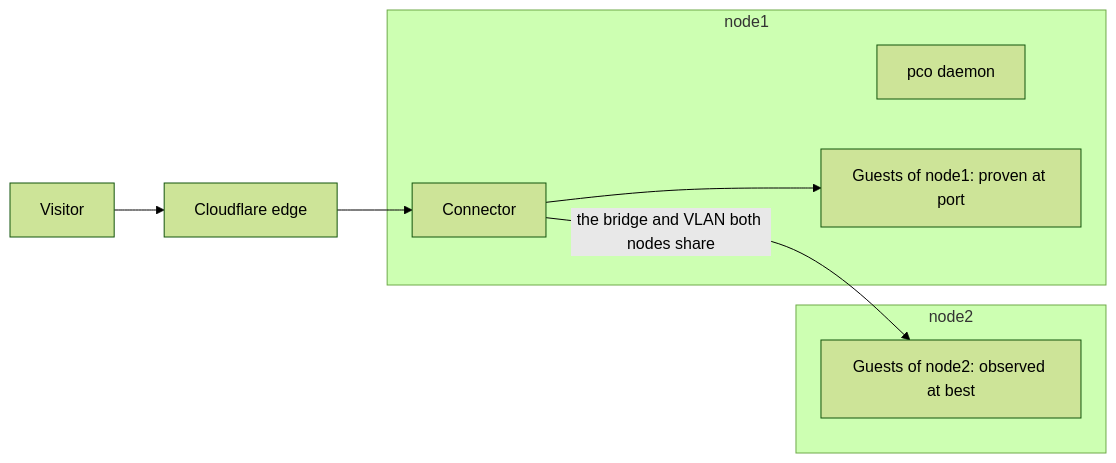
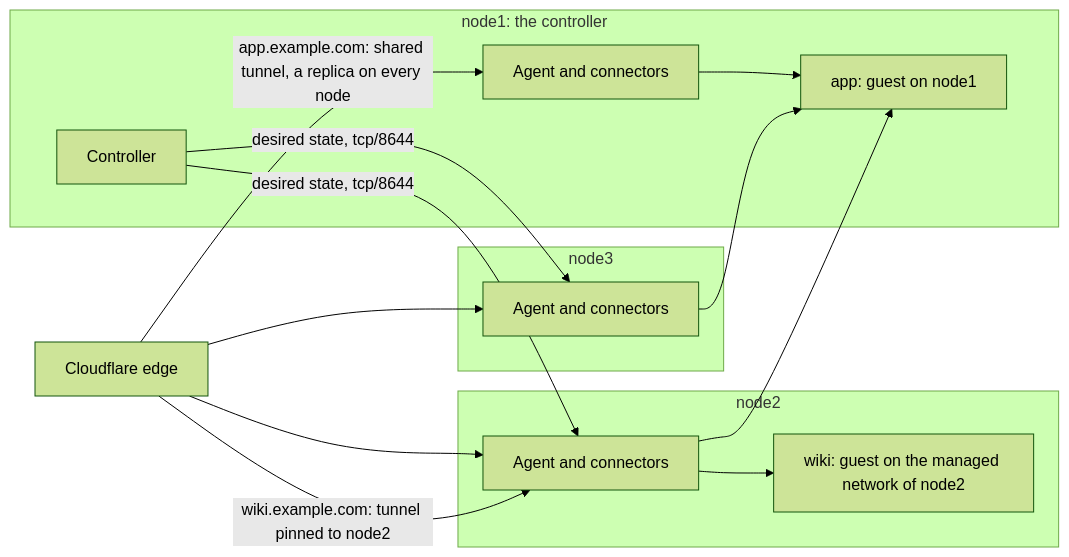
The diagram in docs/guides/clusters.md (anaryk/proxmox-cloudflared-operator), drawn with Mermaid (forest theme) before and after one commit. The commit also changed other lines of this file and 10 other files, not shown here.

````diff
--- a/docs/guides/clusters.md
+++ b/docs/guides/clusters.md
@@ -24,15 +21,26 @@
 ```mermaid
 flowchart LR
-    visitor["Visitor"] --> edge["Cloudflare edge"]
-    edge --> conn
-    subgraph node1["node1"]
-        daemon["pco daemon"]
-        conn["Connector"]
-        g1["Guests of node1: proven at port"]
+    edge["Cloudflare edge"]
+    subgraph node1["node1: the controller"]
+        ctl["Controller"]
+        a1["Agent and connectors"]
+        g1["app: guest on node1"]
     end
     subgraph node2["node2"]
-        g2["Guests of node2: observed at best"]
+        a2["Agent and connectors"]
+        g2["wiki: guest on the managed network of node2"]
     end
-    conn --> g1
-    conn -->|"the bridge and VLAN both nodes share"| g2
+    subgraph node3["node3"]
+        a3["Agent and connectors"]
+    end
+    ctl -->|"desired state, tcp/8644"| a2
+    ctl -->|"desired state, tcp/8644"| a3
+    edge -->|"app.example.com: shared tunnel, a replica on every node"| a1
+    edge --> a2
+    edge --> a3
+    a1 --> g1
+    a2 --> g1
+    a3 --> g1
+    edge -->|"wiki.example.com: tunnel pinned to node2"| a2
+    a2 --> g2
 ```
````
